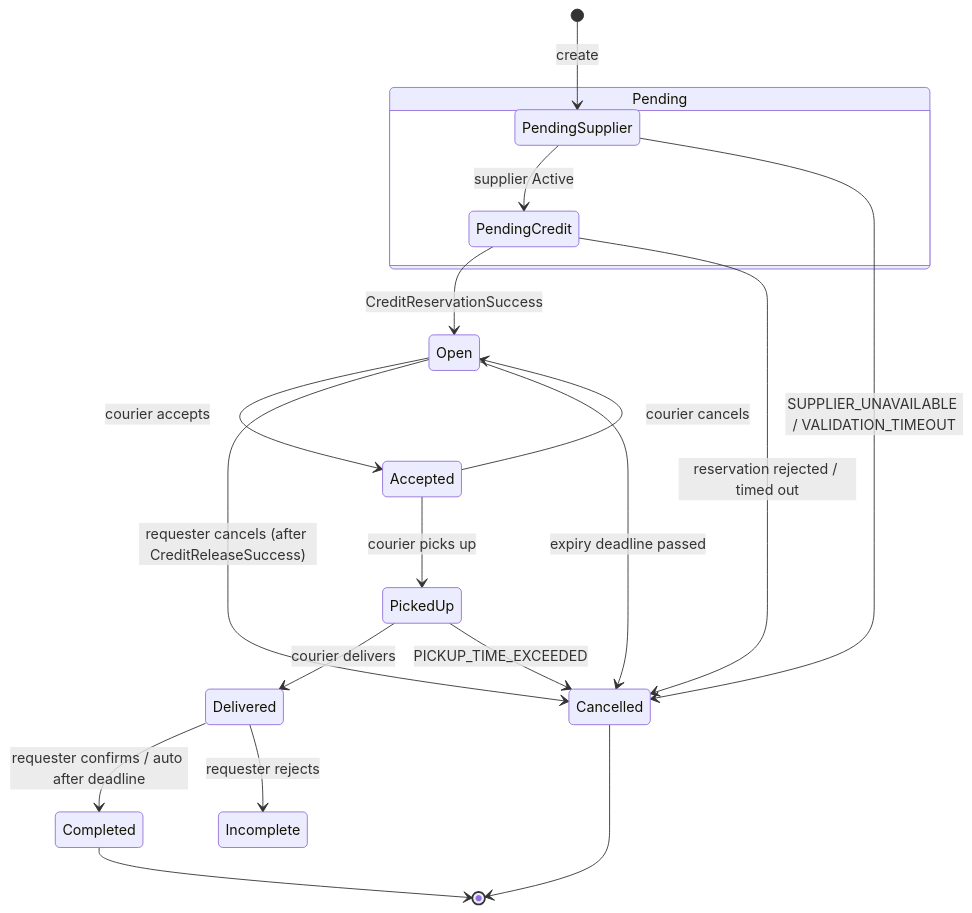
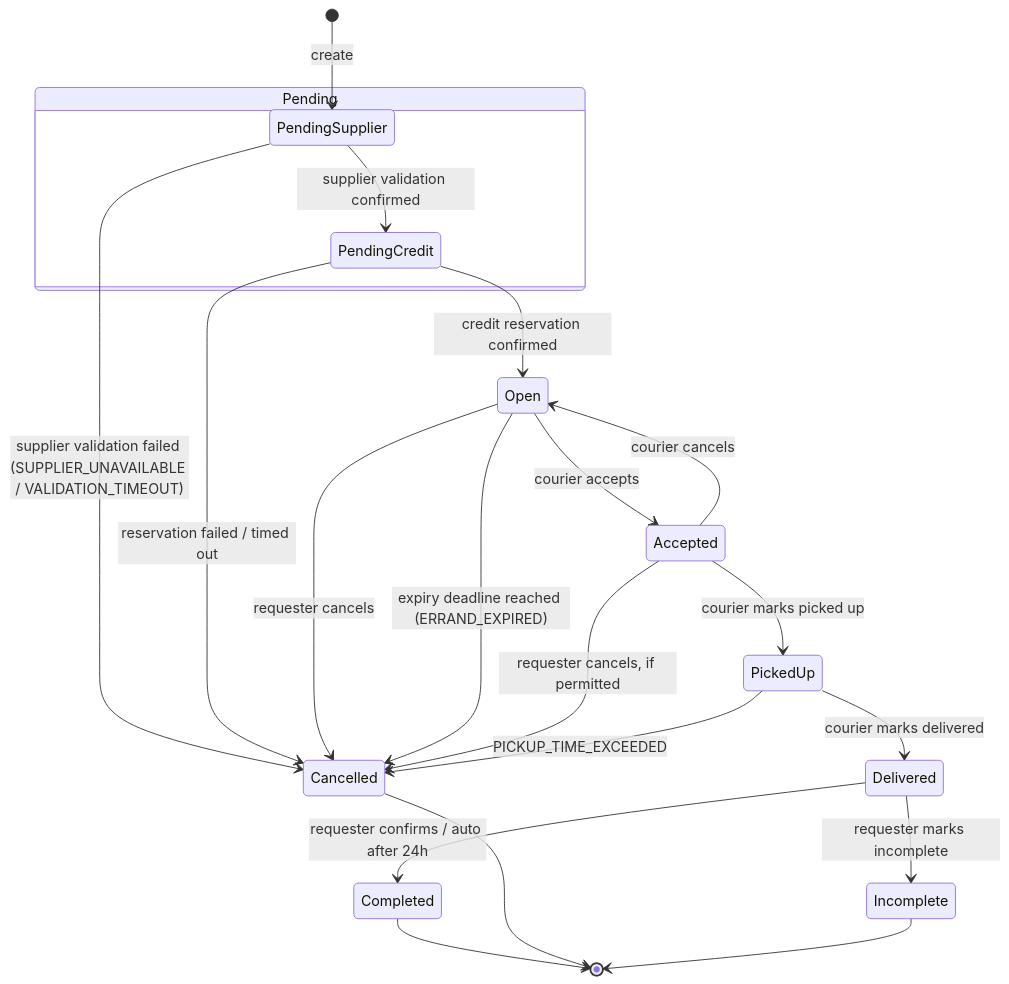
One commit to AY2627S1-CS3219-P27/FoC changed the second of 4 diagrams in order-service/ARCHITECTURE.md. Above: the diagram before and after it, drawn with Mermaid. The commit also changed other lines of this file and 1 other file, not shown here.

Commit message:
Update documentation with correct state transitions

````diff
--- a/order-service/ARCHITECTURE.md
+++ b/order-service/ARCHITECTURE.md
@@ -55,21 +70,24 @@
 ```mermaid
 stateDiagram-v2
   [*] --> PendingSupplier: create
   state Pending {
-    PendingSupplier --> PendingCredit: supplier Active
+    PendingSupplier --> PendingCredit: supplier validation confirmed
+    PendingCredit
   }
-  PendingSupplier --> Cancelled: SUPPLIER_UNAVAILABLE / VALIDATION_TIMEOUT
-  PendingCredit --> Open: CreditReservationSuccess
-  PendingCredit --> Cancelled: reservation rejected / timed out
+  PendingSupplier --> Cancelled: supplier validation failed (SUPPLIER_UNAVAILABLE / VALIDATION_TIMEOUT)
+  PendingCredit --> Open: credit reservation confirmed
+  PendingCredit --> Cancelled: reservation failed / timed out
   Open --> Accepted: courier accepts
-  Open --> Cancelled: requester cancels (after CreditReleaseSuccess)
-  Open --> Cancelled: expiry deadline passed
+  Open --> Cancelled: requester cancels
+  Open --> Cancelled: expiry deadline reached (ERRAND_EXPIRED)
+  Accepted --> PickedUp: courier marks picked up
   Accepted --> Open: courier cancels
-  Accepted --> PickedUp: courier picks up
-  PickedUp --> Delivered: courier delivers
+  Accepted --> Cancelled: requester cancels, if permitted
+  PickedUp --> Delivered: courier marks delivered
   PickedUp --> Cancelled: PICKUP_TIME_EXCEEDED
-  Delivered --> Completed: requester confirms / auto after deadline
-  Delivered --> Incomplete: requester rejects
+  Delivered --> Completed: requester confirms / auto after 24h
+  Delivered --> Incomplete: requester marks incomplete
   Completed --> [*]
   Cancelled --> [*]
+  Incomplete --> [*]
 ```
````
